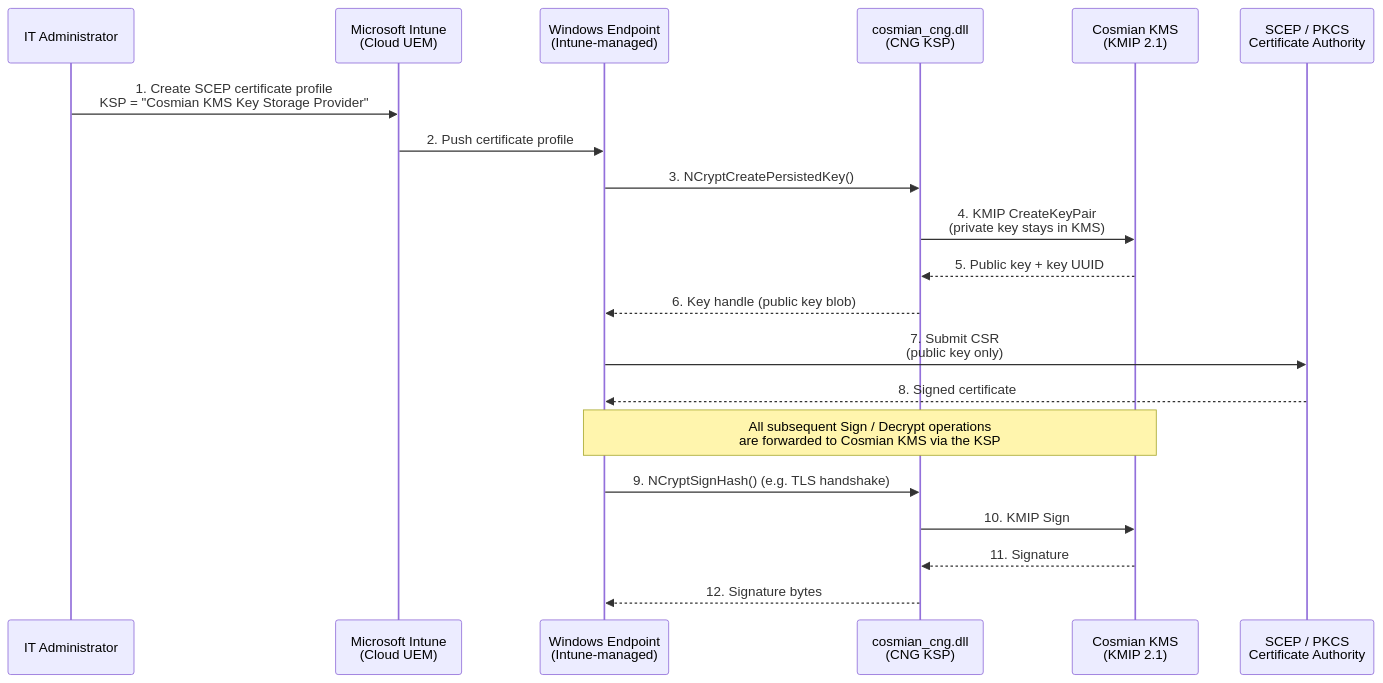
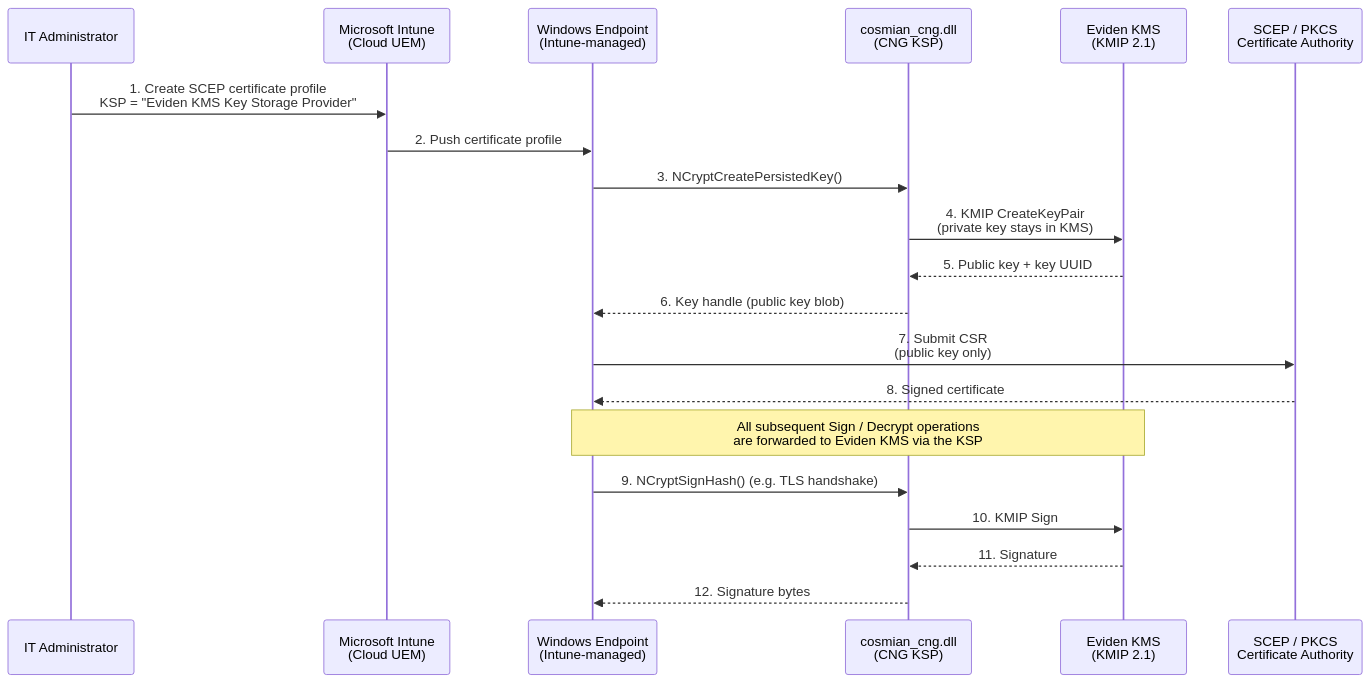
Before and after one commit to Cosmian/kms: the first of 7 diagrams in documentation/docs/integrations/cloud_providers/microsoft/windows_cng_ksp.md, drawn with Mermaid. The commit also changed other lines of this file and 6 other files, not shown here.

````diff
--- a/documentation/docs/integrations/cloud_providers/microsoft/windows_cng_ksp.md
+++ b/documentation/docs/integrations/cloud_providers/microsoft/windows_cng_ksp.md
@@ -12,23 +12,23 @@
 ```mermaid
 sequenceDiagram
     participant Admin as IT Administrator
     participant Intune as Microsoft Intune<br/>(Cloud UEM)
     participant Endpoint as Windows Endpoint<br/>(Intune-managed)
     participant KSP as cosmian_cng.dll<br/>(CNG KSP)
-    participant KMS as Cosmian KMS<br/>(KMIP 2.1)
+    participant KMS as Eviden KMS<br/>(KMIP 2.1)
     participant SCEP as SCEP / PKCS<br/>Certificate Authority
 
-    Admin->>Intune: 1. Create SCEP certificate profile<br/>KSP = "Cosmian KMS Key Storage Provider"
+    Admin->>Intune: 1. Create SCEP certificate profile<br/>KSP = "Eviden KMS Key Storage Provider"
     Intune->>Endpoint: 2. Push certificate profile
     Endpoint->>KSP: 3. NCryptCreatePersistedKey()
     KSP->>KMS: 4. KMIP CreateKeyPair<br/>(private key stays in KMS)
     KMS-->>KSP: 5. Public key + key UUID
     KSP-->>Endpoint: 6. Key handle (public key blob)
     Endpoint->>SCEP: 7. Submit CSR<br/>(public key only)
     SCEP-->>Endpoint: 8. Signed certificate
-    Note over Endpoint,KMS: All subsequent Sign / Decrypt operations<br/>are forwarded to Cosmian KMS via the KSP
+    Note over Endpoint,KMS: All subsequent Sign / Decrypt operations<br/>are forwarded to Eviden KMS via the KSP
     Endpoint->>KSP: 9. NCryptSignHash() (e.g. TLS handshake)
     KSP->>KMS: 10. KMIP Sign
     KMS-->>KSP: 11. Signature
     KSP-->>Endpoint: 12. Signature bytes
 ```
````
